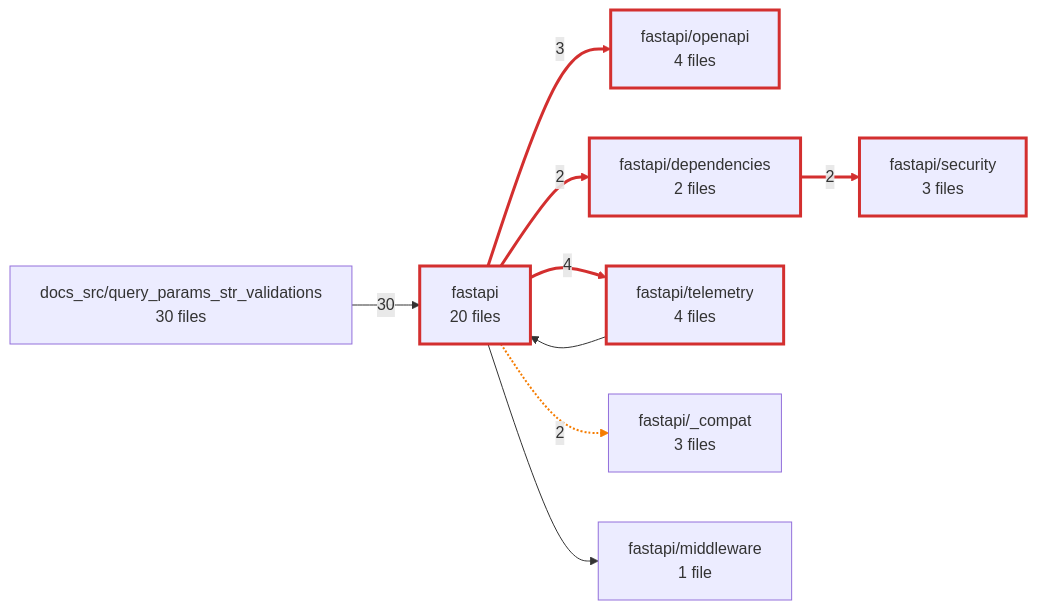
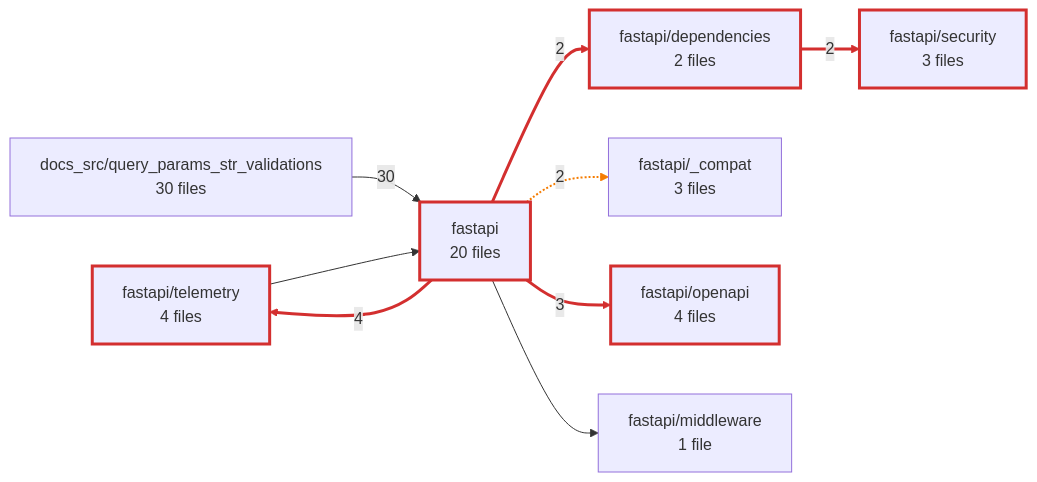
Before and after one commit to mohdzain98/gnost: diagram 30 of 36 in docs/gallery/fastapi/flow/folder-paths.md, drawn with Mermaid. The commit also changed other lines of this file and 27 other files, not shown here.

````diff
--- a/docs/gallery/fastapi/flow/folder-paths.md
+++ b/docs/gallery/fastapi/flow/folder-paths.md
@@ -2457,23 +2457,23 @@
 ```mermaid
 flowchart LR
-  dir_fastapi_openapi["fastapi/openapi<br/>4 files"]
-  dir_docs_src_query_params_str_validations["docs_src/query_params_str_validations<br/>30 files"]
+  dir_fastapi_telemetry["fastapi/telemetry<br/>4 files"]
   dir_fastapi["fastapi<br/>20 files"]
   dir_fastapi_dependencies["fastapi/dependencies<br/>2 files"]
+  dir_fastapi__compat["fastapi/_compat<br/>3 files"]
+  dir_docs_src_query_params_str_validations["docs_src/query_params_str_validations<br/>30 files"]
+  dir_fastapi_openapi["fastapi/openapi<br/>4 files"]
+  dir_fastapi_middleware["fastapi/middleware<br/>1 file"]
   dir_fastapi_security["fastapi/security<br/>3 files"]
-  dir_fastapi_telemetry["fastapi/telemetry<br/>4 files"]
-  dir_fastapi__compat["fastapi/_compat<br/>3 files"]
-  dir_fastapi_middleware["fastapi/middleware<br/>1 file"]
   dir_docs_src_query_params_str_validations -->|30| dir_fastapi
   dir_fastapi -.->|2| dir_fastapi__compat
   dir_fastapi ==>|2| dir_fastapi_dependencies
   dir_fastapi --> dir_fastapi_middleware
   dir_fastapi ==>|3| dir_fastapi_openapi
   dir_fastapi ==>|4| dir_fastapi_telemetry
   dir_fastapi_dependencies ==>|2| dir_fastapi_security
   dir_fastapi_telemetry --> dir_fastapi
   linkStyle 1 stroke:#f57c00,stroke-width:2px
   linkStyle 2,4,5,6 stroke:#d32f2f,stroke-width:3px
   classDef cycle stroke:#d32f2f,stroke-width:3px
-  class dir_fastapi_openapi,dir_fastapi,dir_fastapi_dependencies,dir_fastapi_security,dir_fastapi_telemetry cycle
+  class dir_fastapi_telemetry,dir_fastapi,dir_fastapi_dependencies,dir_fastapi_openapi,dir_fastapi_security cycle
 ```
````
